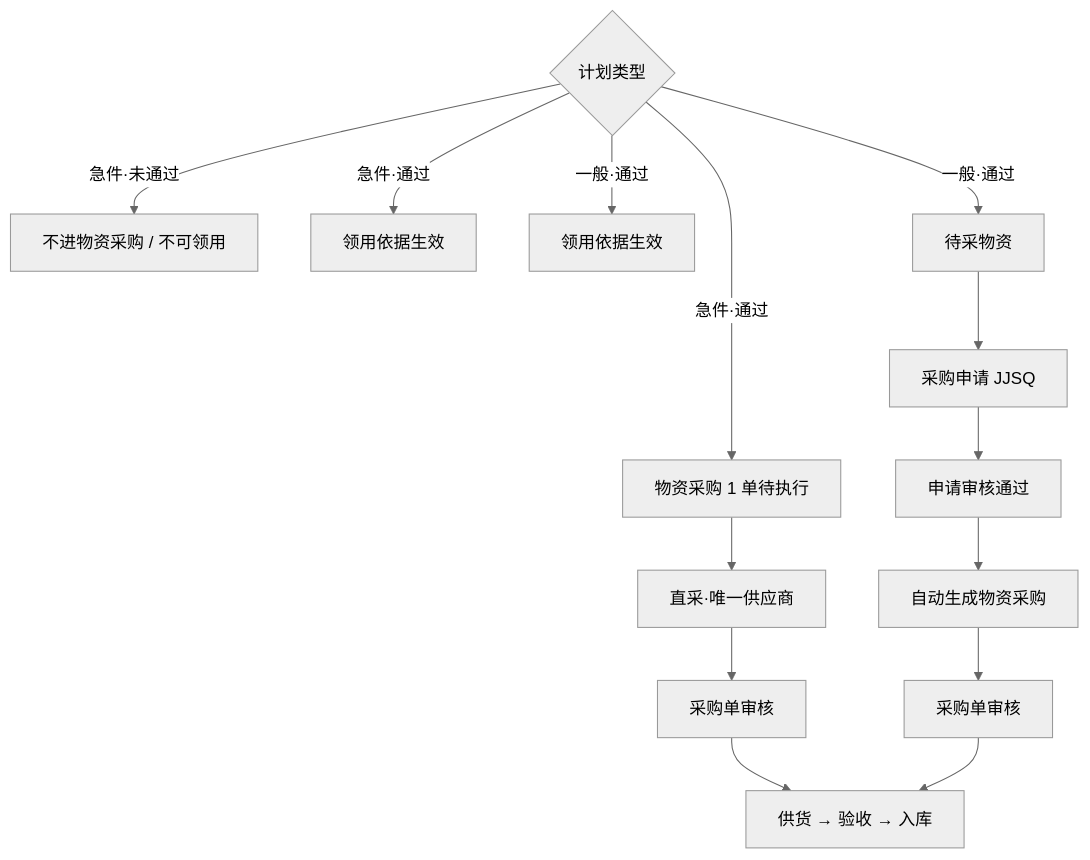
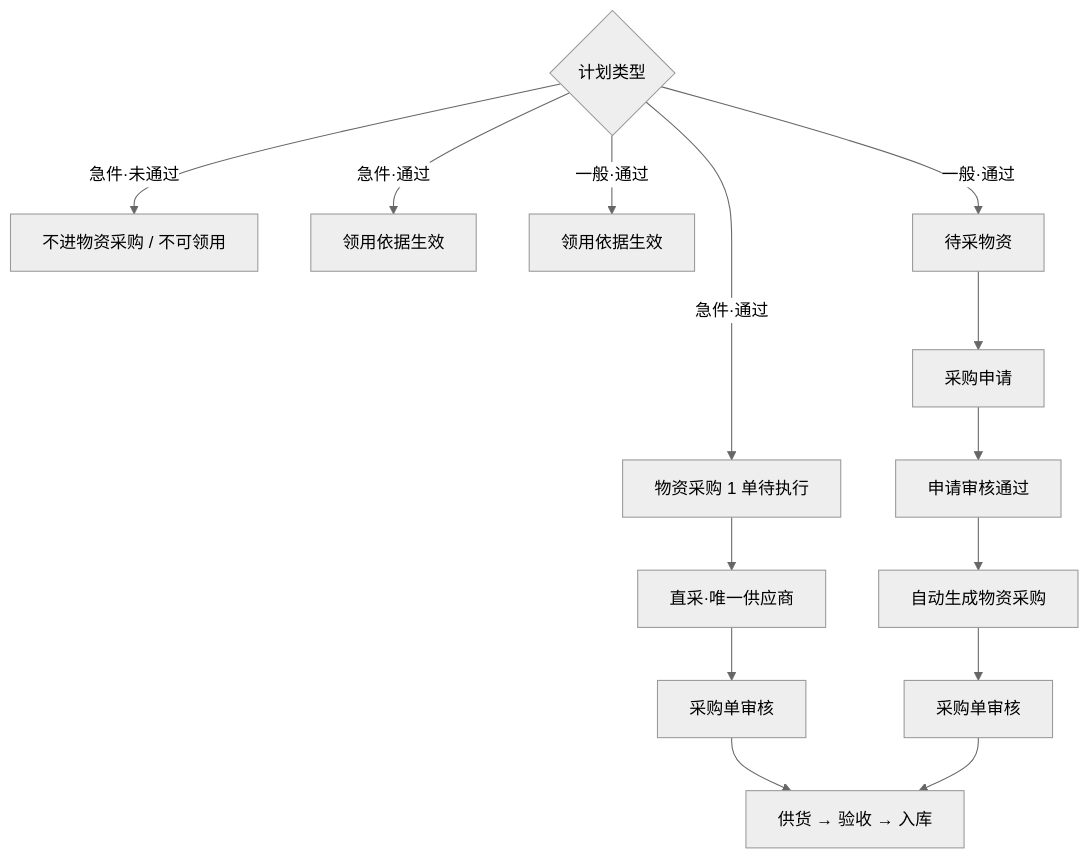
The first of 6 diagrams in docs/versions/v1.0.1/prd.md (liaoliao66/wms), drawn with Mermaid (neutral theme) before and after one commit. The commit also changed other lines of this file and 1 other file, not shown here.

First line of the commit message:
docs(v1.0.1): replace JJSQ with 采购申请 and make material spec optional

````diff
--- a/docs/versions/v1.0.1/prd.md
+++ b/docs/versions/v1.0.1/prd.md
@@ -101,19 +102,19 @@
 ```mermaid
 flowchart TB
   T{计划类型}
 
   T -->|急件·未通过| X[不进物资采购 / 不可领用]
   T -->|急件·通过| U0[领用依据生效]
   T -->|急件·通过| U1[物资采购 1 单待执行]
   U1 --> U2[直采·唯一供应商]
   U2 --> U3[采购单审核]
   U3 --> Z[供货 → 验收 → 入库]
 
   T -->|一般·通过| G0[领用依据生效]
   T -->|一般·通过| G1[待采物资]
-  G1 --> G2[采购申请 JJSQ]
+  G1 --> G2[采购申请]
   G2 --> G3[申请审核通过]
   G3 --> G4[自动生成物资采购]
   G4 --> G5[采购单审核]
   G5 --> Z
 ```
````
